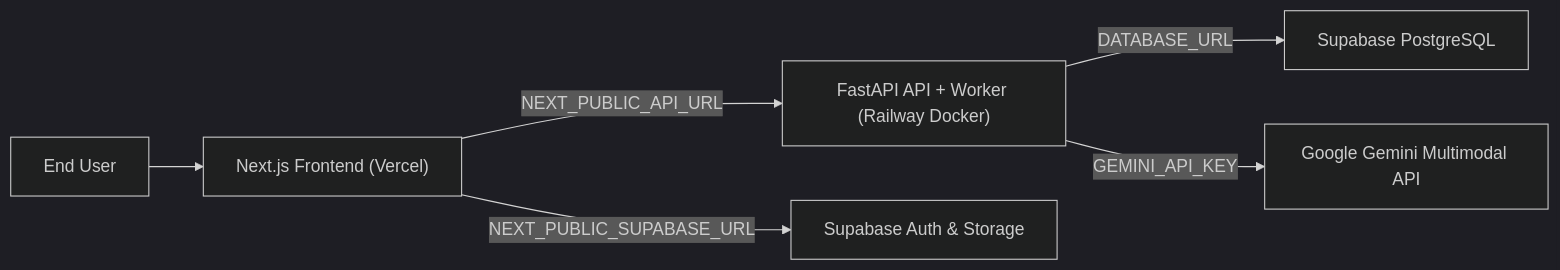
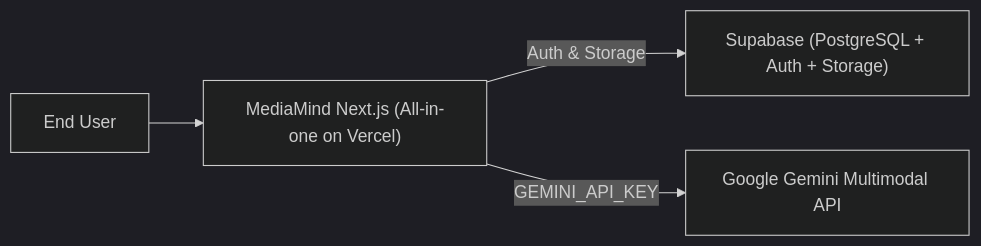
The diagram in docs/deployment.md (adityadushara/MediaMind), drawn with Mermaid (dark theme) before and after one commit. The commit also changed other lines of this file and 78 other files, not shown here.

First line of the commit message:
feat: add schema fallback and storage helpers

````diff
--- a/docs/deployment.md
+++ b/docs/deployment.md
@@ -9,8 +13,6 @@
 ```mermaid
 flowchart LR
-    User[End User] --> FE["Next.js Frontend (Vercel)"]
-    FE -->|"NEXT_PUBLIC_API_URL"| BE["FastAPI API + Worker (Railway Docker)"]
-    FE -->|"NEXT_PUBLIC_SUPABASE_URL"| SupaAuth["Supabase Auth & Storage"]
-    BE -->|"DATABASE_URL"| SupaDB["Supabase PostgreSQL"]
-    BE -->|"GEMINI_API_KEY"| Gemini["Google Gemini Multimodal API"]
+    User[End User] --> FE["MediaMind Next.js (All-in-one on Vercel)"]
+    FE -->|"Auth & Storage"| SupaStorage["Supabase (PostgreSQL + Auth + Storage)"]
+    FE -->|"GEMINI_API_KEY"| Gemini["Google Gemini Multimodal API"]
 ```
````
